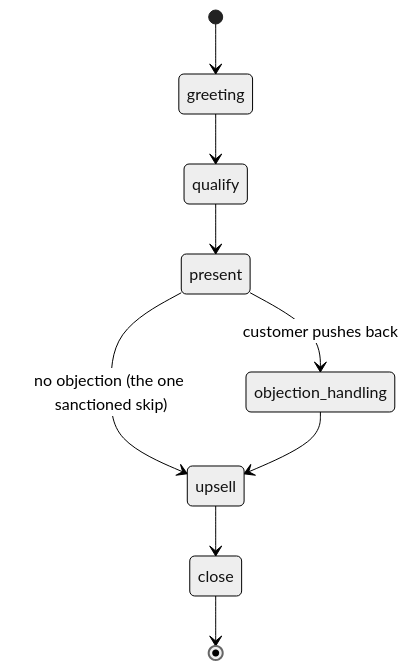
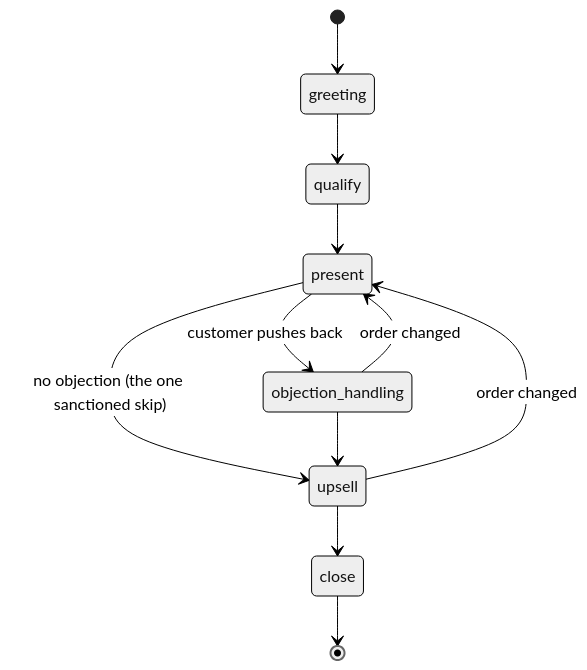
One commit to upkero/sales-agent-service changed the diagram in README.md. Above: the diagram before and after it, drawn with Mermaid (neutral theme). The commit also changed other lines of this file and 15 other files, not shown here.

````diff
--- a/README.md
+++ b/README.md
@@ -20,11 +20,13 @@
 ```mermaid
 stateDiagram-v2
     [*] --> greeting
     greeting --> qualify
     qualify --> present
     present --> objection_handling: customer pushes back
     present --> upsell: no objection (the one sanctioned skip)
     objection_handling --> upsell
     upsell --> close
+    objection_handling --> present: order changed
+    upsell --> present: order changed
     close --> [*]
 ```
````
